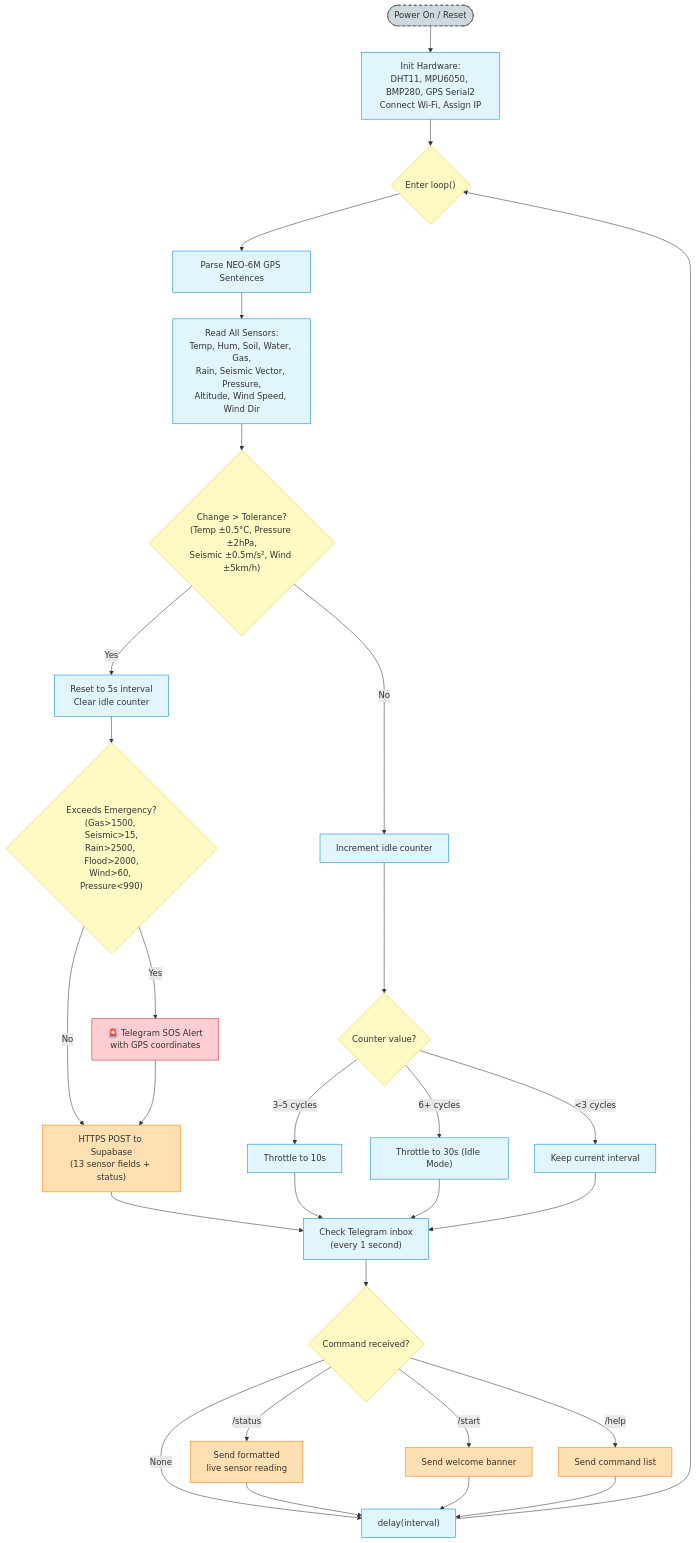
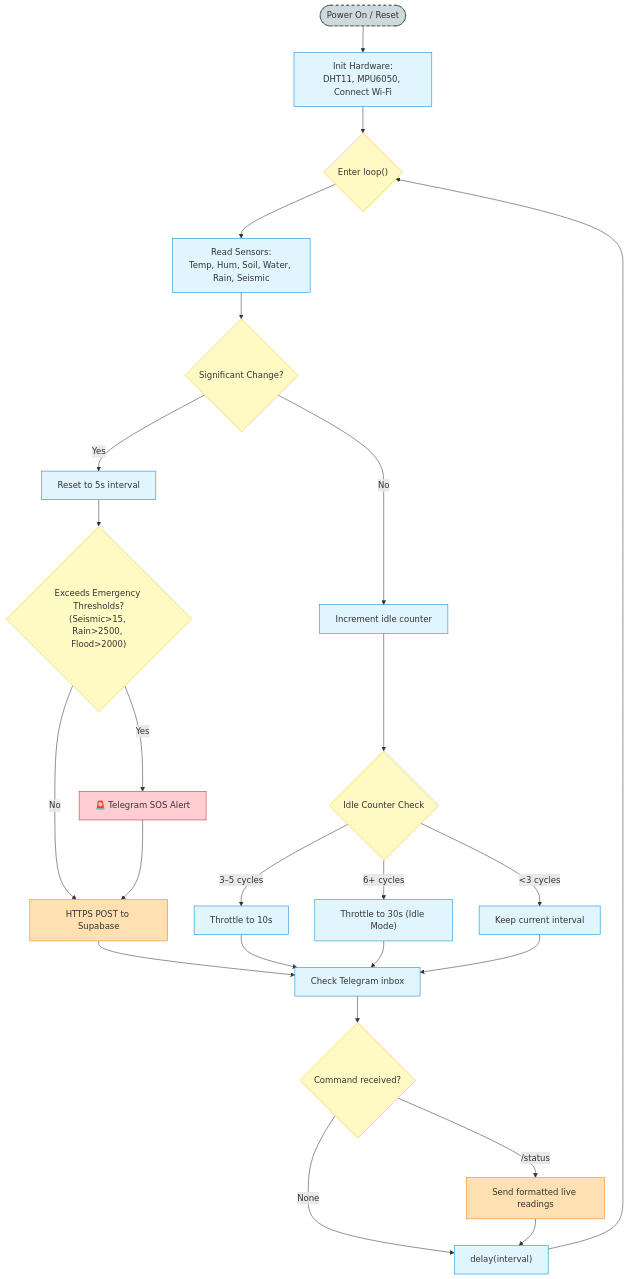
Before and after one commit to bharathkumar000/RESQLINK: the second of 4 diagrams in hardware/system_architecture.md, drawn with Mermaid. The commit also changed other lines of this file, not shown here.

````diff
--- a/hardware/system_architecture.md
+++ b/hardware/system_architecture.md
@@ -225,40 +157,38 @@
 ```mermaid
 flowchart TD
     classDef start fill:#cfd8dc,stroke:#37474f,stroke-dasharray: 5 5
     classDef process fill:#e1f5fe,stroke:#0288d1
     classDef decision fill:#fff9c4,stroke:#fbc02d
     classDef output fill:#ffe0b2,stroke:#f57c00
     classDef alert fill:#ffcdd2,stroke:#c62828
 
-    S(["Power On / Reset"]):::start --> INIT["Init Hardware:<br/>DHT11, MPU6050, BMP280, GPS Serial2<br/>Connect Wi-Fi, Assign IP"]:::process
+    S(["Power On / Reset"]):::start --> INIT["Init Hardware:<br/>DHT11, MPU6050, Connect Wi-Fi"]:::process
     INIT --> LOOP{"Enter loop()"}:::decision
 
-    LOOP --> GPS_READ["Parse NEO-6M GPS Sentences"]:::process
-    GPS_READ --> SENSOR_READ["Read All Sensors:<br/>Temp, Hum, Soil, Water, Gas,<br/>Rain, Seismic Vector, Pressure,<br/>Altitude, Wind Speed, Wind Dir"]:::process
+    LOOP --> SENSOR_READ["Read Sensors:<br/>Temp, Hum, Soil, Water, Rain, Seismic"]:::process
 
-    SENSOR_READ --> DELTA{"Change > Tolerance?<br/>(Temp ±0.5°C, Pressure ±2hPa,<br/>Seismic ±0.5m/s², Wind ±5km/h)"}:::decision
+    SENSOR_READ --> DELTA{"Significant Change?"}:::decision
 
-    DELTA -- "Yes" --> ACTIVE["Reset to 5s interval<br/>Clear idle counter"]:::process
-    ACTIVE --> DANGER{"Exceeds Emergency?<br/>(Gas>1500, Seismic>15,<br/>Rain>2500, Flood>2000,<br/>Wind>60, Pressure<990)"}:::decision
+    DELTA -- "Yes" --> ACTIVE["Reset to 5s interval"]:::process
+    ACTIVE --> DANGER{"Exceeds Emergency Thresholds?<br/>(Seismic>15, Rain>2500, Flood>2000)"}:::decision
 
-    DANGER -- "Yes" --> TELE_SOS["🚨 Telegram SOS Alert<br/>with GPS coordinates"]:::alert
+    DANGER -- "Yes" --> TELE_SOS["🚨 Telegram SOS Alert"]:::alert
     DANGER -- "No" --> PUSH:::output
-    TELE_SOS --> PUSH["HTTPS POST to Supabase<br/>(13 sensor fields + status)"]:::output
+    TELE_SOS --> PUSH["HTTPS POST to Supabase"]:::output
     PUSH --> TELE_CHECK
 
     DELTA -- "No" --> IDLE_INC["Increment idle counter"]:::process
-    IDLE_INC --> IDLE_CHECK{"Counter value?"}:::decision
+    IDLE_INC --> IDLE_CHECK{"Idle Counter Check"}:::decision
     IDLE_CHECK -- "3–5 cycles" --> T10["Throttle to 10s"]:::process
     IDLE_CHECK -- "6+ cycles" --> T30["Throttle to 30s (Idle Mode)"]:::process
+    T10 & T30 --> TELE_CHECK
     IDLE_CHECK -- "<3 cycles" --> KEEP["Keep current interval"]:::process
-    T10 & T30 & KEEP --> TELE_CHECK
+    KEEP --> TELE_CHECK
 
-    TELE_CHECK["Check Telegram inbox<br/>(every 1 second)"]:::process
+    TELE_CHECK["Check Telegram inbox"]:::process
     TELE_CHECK --> MSG{"Command received?"}:::decision
-    MSG -- "/status" --> STATUS_REPLY["Send formatted<br/>live sensor reading"]:::output
-    MSG -- "/start" --> WELCOME["Send welcome banner"]:::output
-    MSG -- "/help" --> HELP["Send command list"]:::output
+    MSG -- "/status" --> STATUS_REPLY["Send formatted live readings"]:::output
     MSG -- "None" --> DELAY["delay(interval)"]:::process
-    STATUS_REPLY & WELCOME & HELP --> DELAY
+    STATUS_REPLY --> DELAY
     DELAY --> LOOP
 ```
````
